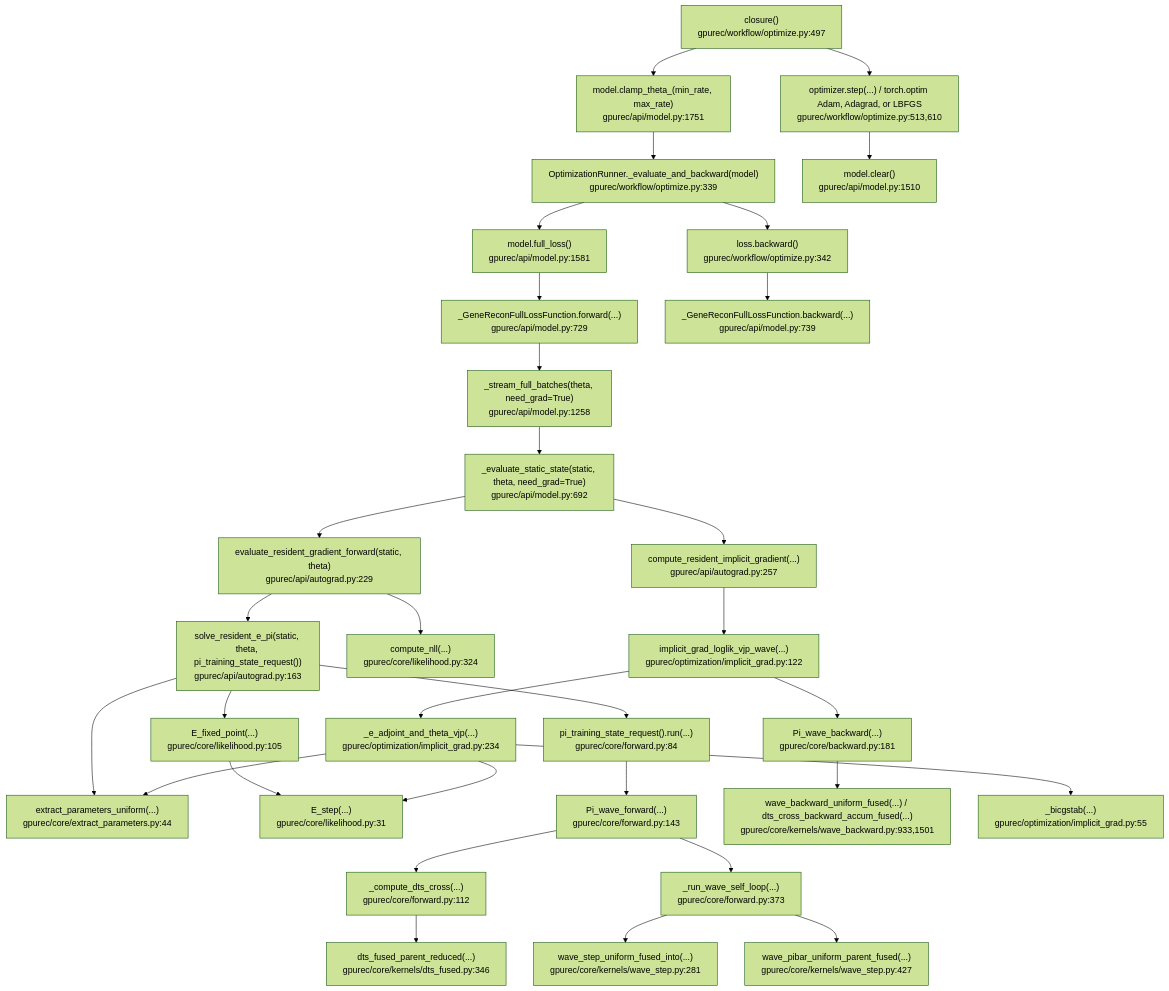
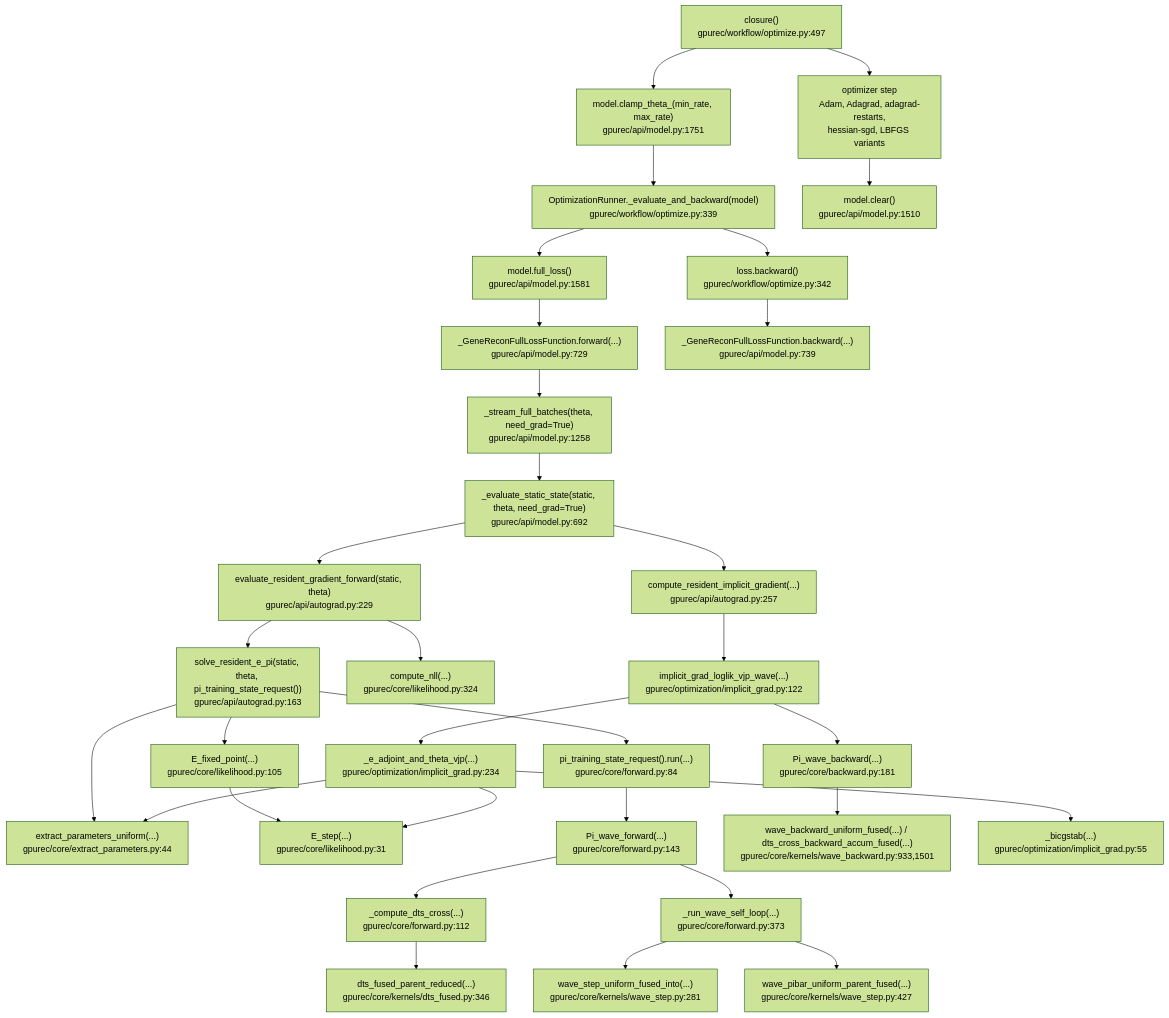
One commit to SisyphusMountain/gpurec changed the second of 3 diagrams in docs/optimization-workflow-call-graph.md. Above: the diagram before and after it, drawn with Mermaid (forest theme). The commit also changed other lines of this file and 2 other files, not shown here.

Commit message:
Document current optimization workflow graph

````diff
--- a/docs/optimization-workflow-call-graph.md
+++ b/docs/optimization-workflow-call-graph.md
@@ -63,52 +76,52 @@
 ```mermaid
 flowchart TD
   Closure["closure()<br/>gpurec/workflow/optimize.py:497"]
   ClampBefore["model.clamp_theta_(min_rate, max_rate)<br/>gpurec/api/model.py:1751"]
   EvalBackward["OptimizationRunner._evaluate_and_backward(model)<br/>gpurec/workflow/optimize.py:339"]
   FullLoss["model.full_loss()<br/>gpurec/api/model.py:1581"]
   FullLossFn["_GeneReconFullLossFunction.forward(...)<br/>gpurec/api/model.py:729"]
   Stream["_stream_full_batches(theta, need_grad=True)<br/>gpurec/api/model.py:1258"]
   EvalStatic["_evaluate_static_state(static, theta, need_grad=True)<br/>gpurec/api/model.py:692"]
   ForwardSolve["evaluate_resident_gradient_forward(static, theta)<br/>gpurec/api/autograd.py:229"]
   SolveEPi["solve_resident_e_pi(static, theta, pi_training_state_request())<br/>gpurec/api/autograd.py:163"]
   Extract["extract_parameters_uniform(...)<br/>gpurec/core/extract_parameters.py:44"]
   EFixed["E_fixed_point(...)<br/>gpurec/core/likelihood.py:105"]
   EStep["E_step(...)<br/>gpurec/core/likelihood.py:31"]
   PiRequest["pi_training_state_request().run(...)<br/>gpurec/core/forward.py:84"]
   PiForward["Pi_wave_forward(...)<br/>gpurec/core/forward.py:143"]
   DTS["_compute_dts_cross(...)<br/>gpurec/core/forward.py:112"]
   DTSKernel["dts_fused_parent_reduced(...)<br/>gpurec/core/kernels/dts_fused.py:346"]
   SelfLoop["_run_wave_self_loop(...)<br/>gpurec/core/forward.py:373"]
   WaveStep["wave_step_uniform_fused_into(...)<br/>gpurec/core/kernels/wave_step.py:281"]
   Pibar["wave_pibar_uniform_parent_fused(...)<br/>gpurec/core/kernels/wave_step.py:427"]
   NLL["compute_nll(...)<br/>gpurec/core/likelihood.py:324"]
 
   Implicit["compute_resident_implicit_gradient(...)<br/>gpurec/api/autograd.py:257"]
   VJP["implicit_grad_loglik_vjp_wave(...)<br/>gpurec/optimization/implicit_grad.py:122"]
   PiBackward["Pi_wave_backward(...)<br/>gpurec/core/backward.py:181"]
   BackwardKernels["wave_backward_uniform_fused(...) / dts_cross_backward_accum_fused(...)<br/>gpurec/core/kernels/wave_backward.py:933,1501"]
   EAdjoint["_e_adjoint_and_theta_vjp(...)<br/>gpurec/optimization/implicit_grad.py:234"]
   Bicgstab["_bicgstab(...)<br/>gpurec/optimization/implicit_grad.py:55"]
   LossBackward["loss.backward()<br/>gpurec/workflow/optimize.py:342"]
   FullLossFnBackward["_GeneReconFullLossFunction.backward(...)<br/>gpurec/api/model.py:739"]
-  OptimizerStep["optimizer.step(...) / torch.optim Adam, Adagrad, or LBFGS<br/>gpurec/workflow/optimize.py:513,610"]
+  OptimizerStep["optimizer step<br/>Adam, Adagrad, adagrad-restarts,<br/>hessian-sgd, LBFGS variants"]
   Clear["model.clear()<br/>gpurec/api/model.py:1510"]
 
   Closure --> ClampBefore --> EvalBackward --> FullLoss --> FullLossFn --> Stream --> EvalStatic
   EvalStatic --> ForwardSolve --> SolveEPi
   SolveEPi --> Extract
   SolveEPi --> EFixed --> EStep
   SolveEPi --> PiRequest --> PiForward
   PiForward --> DTS --> DTSKernel
   PiForward --> SelfLoop --> WaveStep
   SelfLoop --> Pibar
   ForwardSolve --> NLL
   EvalStatic --> Implicit --> VJP
   VJP --> PiBackward --> BackwardKernels
   VJP --> EAdjoint
   EAdjoint --> Bicgstab
   EAdjoint --> EStep
   EAdjoint --> Extract
   EvalBackward --> LossBackward --> FullLossFnBackward
   Closure --> OptimizerStep --> Clear
 ```
````
